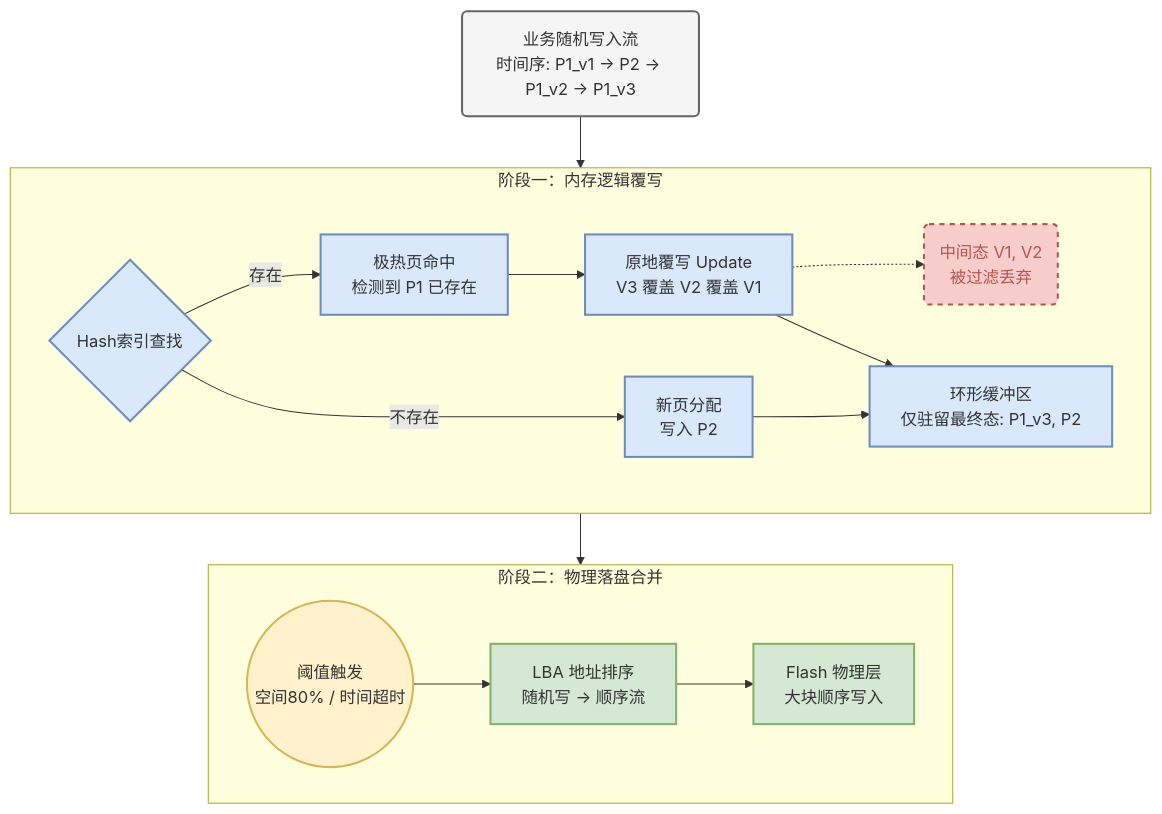
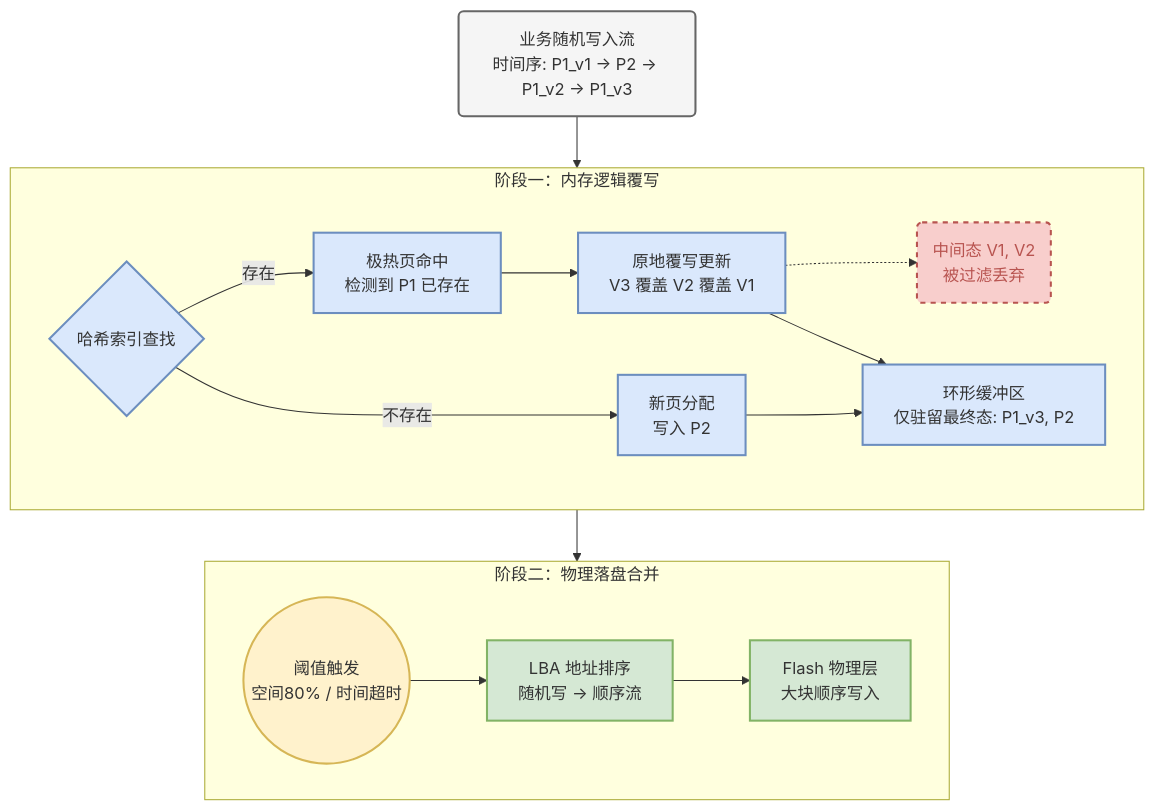
One commit to Soul-of-Sky/lunwen changed the diagram in figures/ring.mmd. Above: the diagram before and after it, drawn with Mermaid. The commit also changed 22 other files, not shown here.

```diff
--- a/figures/ring.mmd
+++ b/figures/ring.mmd
@@ -1,47 +1,47 @@
 ---
 config:
   layout: dagre
 ---
 flowchart TB
  subgraph LogicalMerge["阶段一：内存逻辑覆写"]
     direction LR
-        Index{"Hash索引查找"}
+        Index{"哈希索引查找"}
         Hit["极热页命中<br>检测到 P1 已存在"]
-        Overwrite["原地覆写 Update<br>V3 覆盖 V2 覆盖 V1"]
+        Overwrite["原地覆写更新<br>V3 覆盖 V2 覆盖 V1"]
         Discard("中间态 V1, V2<br>被过滤丢弃")
         Miss["新页分配<br>写入 P2"]
         Buffer["环形缓冲区<br>仅驻留最终态: P1_v3, P2"]
   end
  subgraph PhysicalMerge["阶段二：物理落盘合并"]
     direction LR
         Trigger(("阈值触发<br>空间80% / 时间超时"))
         Sort["LBA 地址排序<br>随机写 -&gt; 顺序流"]
         BatchWrite["Flash 物理层<br>大块顺序写入"]
   end
     Index -- 存在 --> Hit
     Hit --> Overwrite
     Overwrite -.-> Discard
     Overwrite --> Buffer
     Index -- 不存在 --> Miss
     Miss --> Buffer
     Trigger --> Sort
     Sort --> BatchWrite
     Input("业务随机写入流<br>时间序: P1_v1 -&gt; P2 -&gt; P1_v2 -&gt; P1_v3") --> LogicalMerge
     LogicalMerge --> PhysicalMerge
 
      Index:::memory
      Hit:::memory
      Overwrite:::memory
      Discard:::discard
      Miss:::memory
      Buffer:::memory
      Trigger:::trigger
      Sort:::flash
      BatchWrite:::flash
      Input:::process
     classDef process fill:#f5f5f5,stroke:#666,stroke-width:2px,color:#333
     classDef memory fill:#dae8fc,stroke:#6c8ebf,stroke-width:2px,color:#333
     classDef flash fill:#d5e8d4,stroke:#82b366,stroke-width:2px,color:#333
     classDef discard fill:#f8cecc,stroke:#b85450,stroke-width:2px,stroke-dasharray: 5 5,color:#b85450
     classDef trigger fill:#fff2cc,stroke:#d6b656,stroke-width:2px,color:#333
     style Discard stroke-width:2px
```
